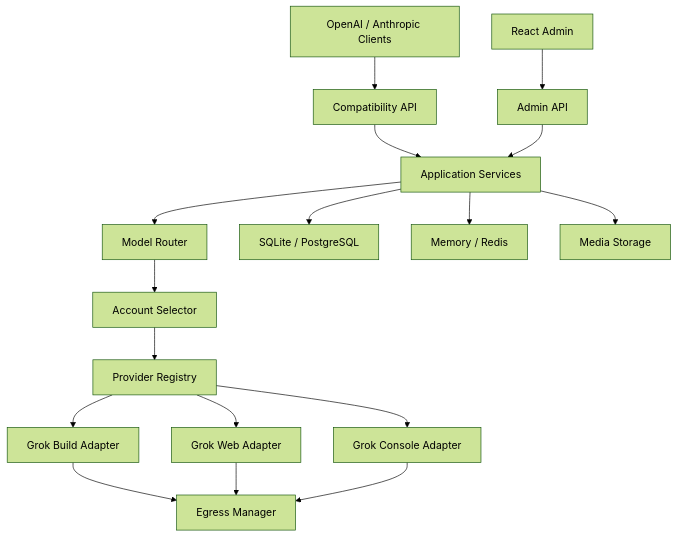
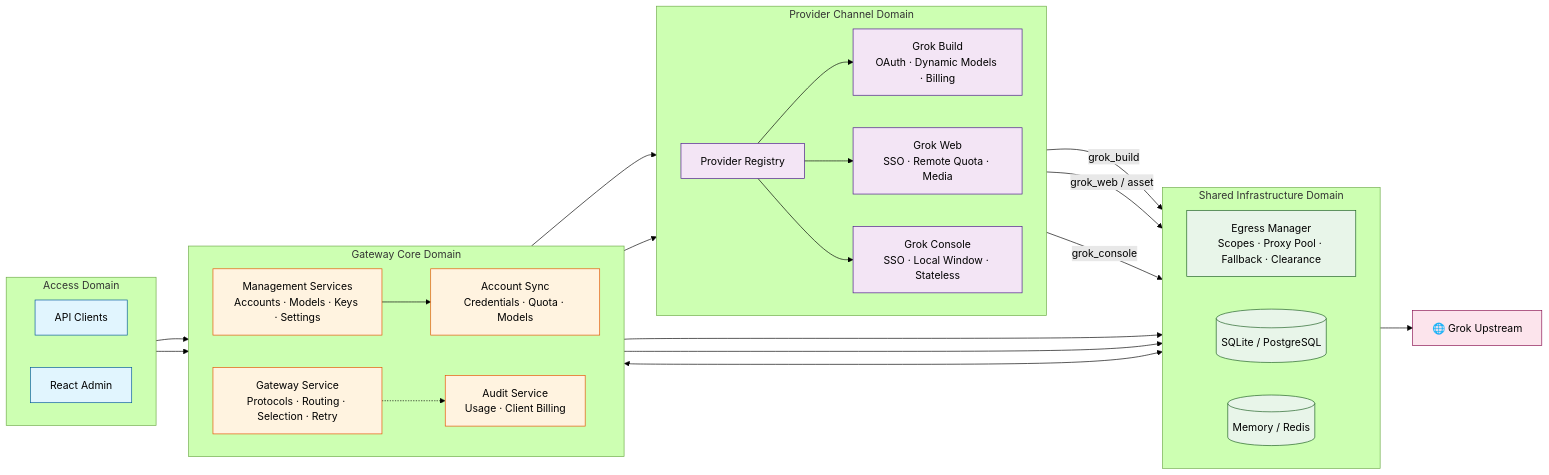
The diagram in README.md (chenyme/grok2api), drawn with Mermaid (forest theme) before and after one commit. The commit also changed other lines of this file and 2 other files, not shown here.

````diff
--- a/README.md
+++ b/README.md
@@ -66,23 +55,65 @@
 ```mermaid
-flowchart TB
-    Client["OpenAI / Anthropic Clients"] --> Compat["Compatibility API"]
-    Admin["React Admin"] --> AdminAPI["Admin API"]
+flowchart LR
+    %% Color definitions
+    classDef access fill:#e1f5fe,stroke:#01579b
+    classDef core fill:#fff3e0,stroke:#e65100
+    classDef providers fill:#f3e5f5,stroke:#4a148c
+    classDef infra fill:#e8f5e9,stroke:#1b5e20
+    classDef upstream fill:#fce4ec,stroke:#880e4f
 
-    Compat --> App["Application Services"]
-    AdminAPI --> App
+    subgraph Access["Access Domain"]
+        direction LR
+        Clients["API Clients"]
+        Admin["React Admin"]
+    end
 
-    App --> Router["Model Router"]
-    Router --> Selector["Account Selector"]
-    Selector --> Registry["Provider Registry"]
+    subgraph Core["Gateway Core Domain"]
+        direction LR
+        Management["Management Services<br/>Accounts · Models · Keys · Settings"]
+        Sync["Account Sync<br/>Credentials · Quota · Models"]
+        Gateway["Gateway Service<br/>Protocols · Routing · Selection · Retry"]
+        Audit["Audit Service<br/>Usage · Client Billing"]
+        Management --> Sync
+        Gateway -.-> Audit
+    end
 
-    Registry --> Build["Grok Build Adapter"]
-    Registry --> Web["Grok Web Adapter"]
-    Registry --> Console["Grok Console Adapter"]
+    subgraph Providers["Provider Channel Domain"]
+        direction LR
+        Registry["Provider Registry"]
+        Build["Grok Build<br/>OAuth · Dynamic Models · Billing"]
+        Web["Grok Web<br/>SSO · Remote Quota · Media"]
+        Console["Grok Console<br/>SSO · Local Window · Stateless"]
+        Registry --> Build
+        Registry --> Web
+        Registry --> Console
+    end
 
-    App --> DB["SQLite / PostgreSQL"]
-    App --> Runtime["Memory / Redis"]
-    Build --> Egress["Egress Manager"]
-    Web --> Egress
-    Console --> Egress
-    App --> Media["Media Storage"]
+    subgraph Infra["Shared Infrastructure Domain"]
+        direction LR
+        Egress["Egress Manager<br/>Scopes · Proxy Pool · Fallback · Clearance"]
+        Database[("SQLite / PostgreSQL")]
+        Runtime[("Memory / Redis")]
+    end
+
+    Upstream["🌐 Grok Upstream"]
+
+    %% Cross-domain calls
+    Clients --> Gateway
+    Admin --> Management
+    Gateway --> Registry
+    Sync --> Registry
+    Build -->|grok_build| Egress
+    Web -->|grok_web / asset| Egress
+    Console -->|grok_console| Egress
+    Egress --> Upstream
+    Management --> Database
+    Audit --> Database
+    Gateway <--> Runtime
+
+    %% Application styles
+    class Clients,Admin access
+    class Management,Sync,Gateway,Audit core
+    class Registry,Build,Web,Console providers
+    class Egress,Database,Runtime infra
+    class Upstream upstream
 ```
````
